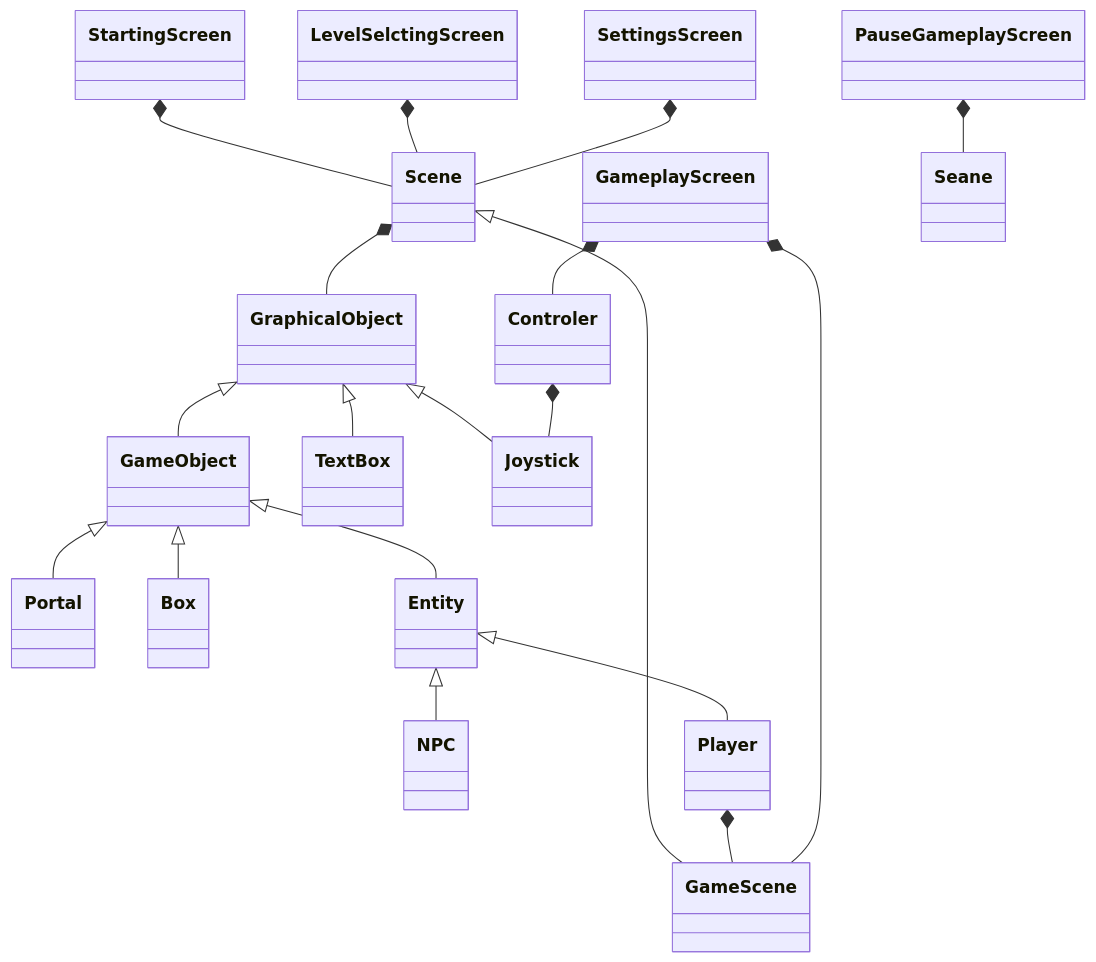
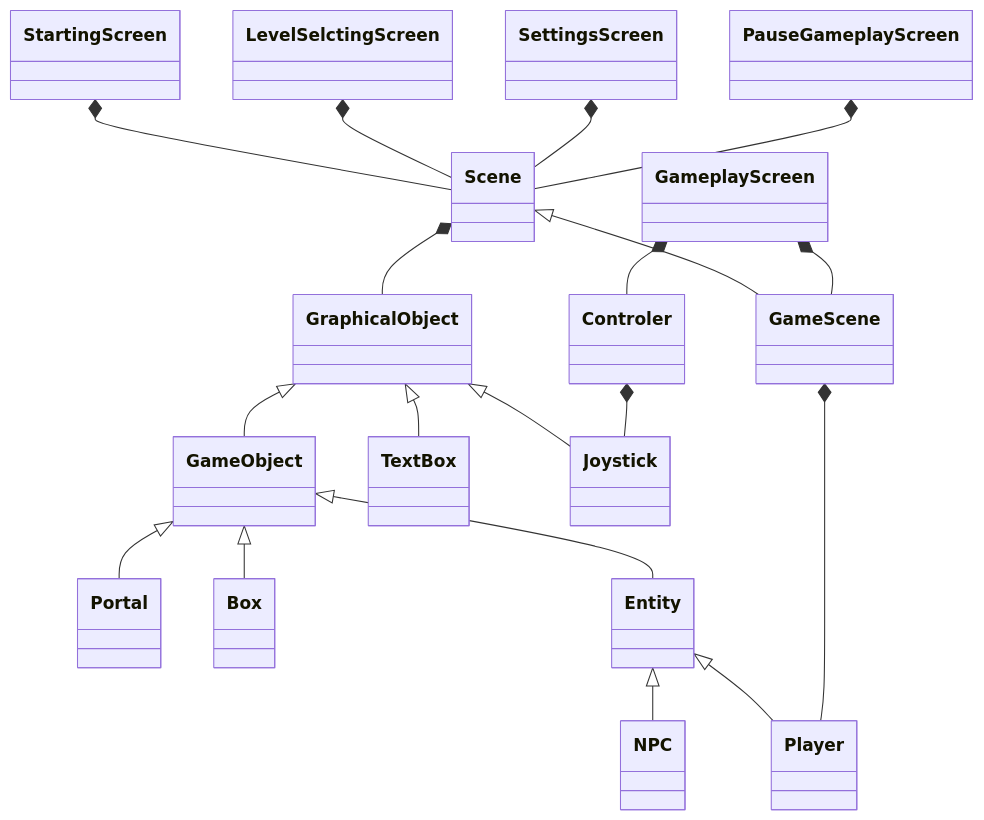
The diagram in planning_class_structure/README.md (dRoycon/HS_SoftwareEngineeringProject), drawn with Mermaid before and after one commit.

Commit message:
modified:   planning_class_structure/README.md

````diff
--- a/planning_class_structure/README.md
+++ b/planning_class_structure/README.md
@@ -3,31 +3,32 @@
 ``` mermaid
 classDiagram
     GraphicalObject <|-- GameObject 
     GraphicalObject <|-- TextBox
     GraphicalObject <|-- Joystick
 
     GameObject <|-- Portal
     GameObject <|-- Box
     GameObject <|-- Entity
 
     Entity <|-- NPC
     Entity <|-- Player
 
     Scene *-- GraphicalObject
     Scene <|-- GameScene
 
-    Player *-- GameScene
+    GameScene *-- Player
+
 
     Controler *-- Joystick
 
     GameplayScreen *-- GameScene
     GameplayScreen *-- Controler
 
     StartingScreen *-- Scene
 
     LevelSelctingScreen *-- Scene
     SettingsScreen *-- Scene
-    PauseGameplayScreen *-- Seane
+    PauseGameplayScreen *-- Scene
 
 
 ```
````
